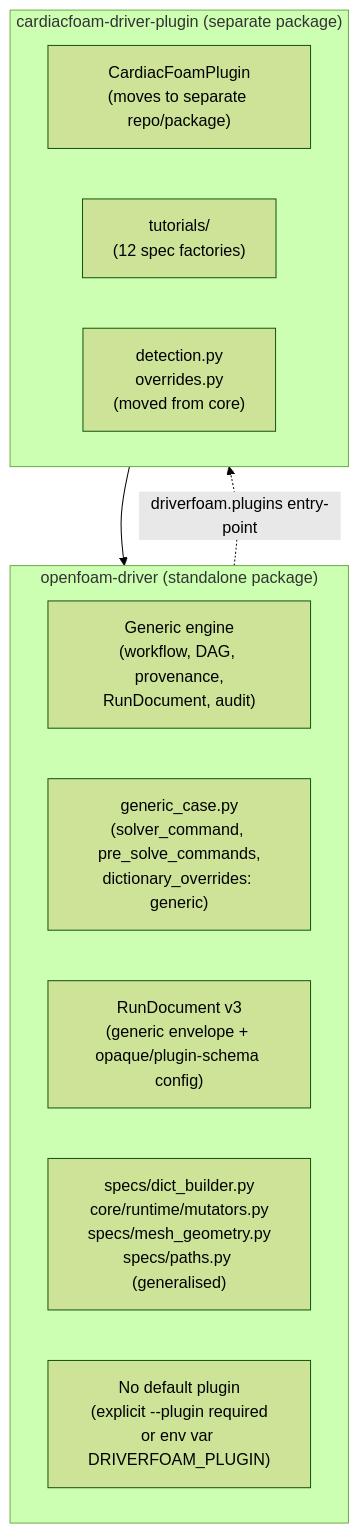
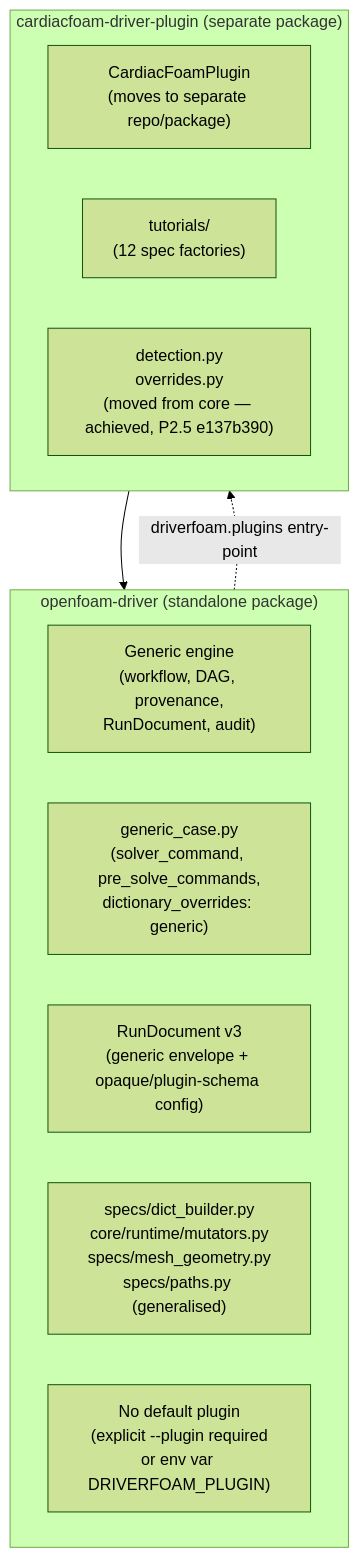
The seventh of 7 diagrams in applications/scripts/driverFoam/ARCHITECTURE.md (solids4foam/cardiacFoam), drawn with Mermaid (forest theme) before and after one commit. The commit also changed other lines of this file, not shown here.

First line of the commit message:
docs(driverfoam): fix ARCHITECTURE.md staleness re detection.py/overrides.py move

````diff
--- a/applications/scripts/driverFoam/ARCHITECTURE.md
+++ b/applications/scripts/driverFoam/ARCHITECTURE.md
@@ -748,19 +749,19 @@
 ```mermaid
 graph TB
     subgraph DriverCore["openfoam-driver (standalone package)"]
         GenEngine2["Generic engine\n(workflow, DAG, provenance,\nRunDocument, audit)"]
         GenericCaseClean["generic_case.py\n(solver_command, pre_solve_commands,\ndictionary_overrides: generic)"]
         GenericRunDoc["RunDocument v3\n(generic envelope + opaque/plugin-schema config)"]
         OFUtils["specs/dict_builder.py\ncore/runtime/mutators.py\nspecs/mesh_geometry.py\nspecs/paths.py (generalised)"]
         NoDefault["No default plugin\n(explicit --plugin required\nor env var DRIVERFOAM_PLUGIN)"]
     end
 
     subgraph CardiacAdapter["cardiacfoam-driver-plugin (separate package)"]
         CFPlugin2["CardiacFoamPlugin\n(moves to separate repo/package)"]
         CFTutorials["tutorials/\n(12 spec factories)"]
-        CFDetection["detection.py\noverrides.py\n(moved from core)"]
+        CFDetection["detection.py\noverrides.py\n(moved from core — achieved, P2.5 e137b390)"]
     end
 
     DriverCore -. "driverfoam.plugins entry-point" .-> CardiacAdapter
     CardiacAdapter --> DriverCore
 ```
````
